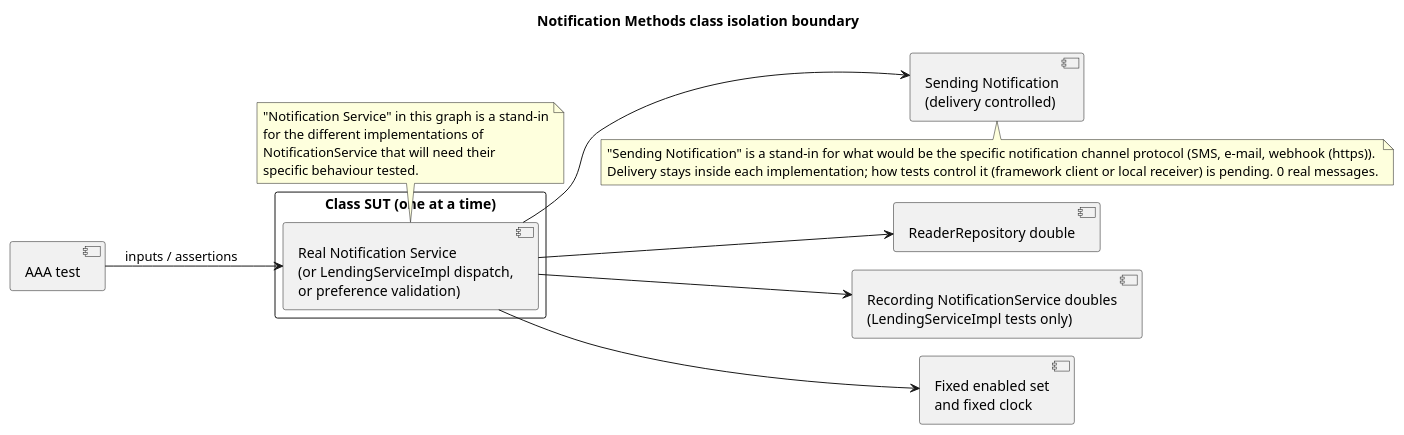
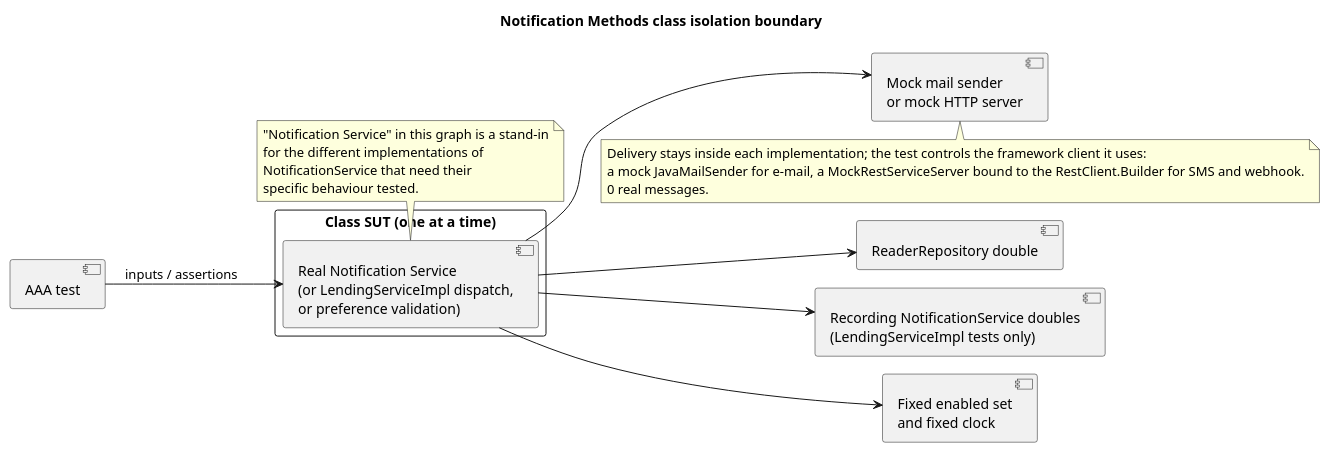
One commit to Max1124/ARQSOFT_ODSOFT_G6 changed the diagram in Docs/DocsMasterDegree/system-to-be/Images/NotificationMethodClassIsolation.puml. Above: the diagram before and after it, drawn with PlantUML. The commit also changed 25 other files, not shown here.

Commit message:
docs(notification): record implementation and evidence test(notification): add FourthNotificationChannelExtensionTest and ScheduledNotificationCheckIT, and Jenkins stages

```diff
--- a/Docs/DocsMasterDegree/system-to-be/Images/NotificationMethodClassIsolation.puml
+++ b/Docs/DocsMasterDegree/system-to-be/Images/NotificationMethodClassIsolation.puml
@@ -1,33 +1,34 @@
 @startuml
 !pragma layout smetana
 left to right direction
 skinparam shadowing false
 skinparam backgroundColor white
 title Notification Methods class isolation boundary
 component "AAA test" as Test
 rectangle "Class SUT (one at a time)" {
  component "Real Notification Service\n(or LendingServiceImpl dispatch,\nor preference validation)" as Service
 }
-component "Sending Notification\n(delivery controlled)" as Mechanism
+component "Mock mail sender\nor mock HTTP server" as Mechanism
 component "ReaderRepository double" as Repo
 component "Recording NotificationService doubles\n(LendingServiceImpl tests only)" as Doubles
 component "Fixed enabled set\nand fixed clock" as Fixtures
 Test --> Service : inputs / assertions
 Service --> Mechanism
 Service --> Repo
 Service --> Doubles
 Service --> Fixtures
 
 
 note bottom of Service
   "Notification Service" in this graph is a stand-in
   for the different implementations of
-  NotificationService that will need their
+  NotificationService that need their
   specific behaviour tested.
 end note
 
 note bottom of Mechanism
-  "Sending Notification" is a stand-in for what would be the specific notification channel protocol (SMS, e-mail, webhook (https)).
-  Delivery stays inside each implementation; how tests control it (framework client or local receiver) is pending. 0 real messages.
+  Delivery stays inside each implementation; the test controls the framework client it uses:
+  a mock JavaMailSender for e-mail, a MockRestServiceServer bound to the RestClient.Builder for SMS and webhook.
+  0 real messages.
 end note
 @enduml
```
